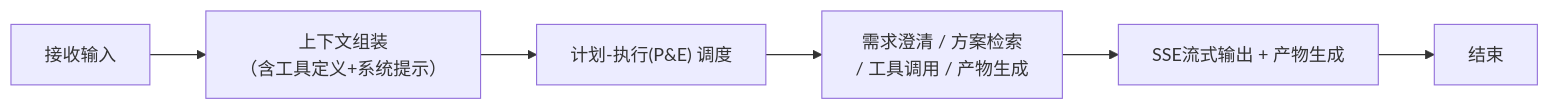
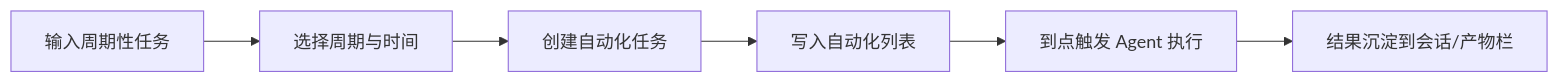
One commit to fri555/PORTL changed the tenth of 24 diagrams in docs/需求文档/AI工作门户-MVP-PRD.md. Above: the diagram before and after it, drawn with Mermaid. The commit also changed other lines of this file and 55 other files, not shown here.

````diff
--- a/docs/需求文档/AI工作门户-MVP-PRD.md
+++ b/docs/需求文档/AI工作门户-MVP-PRD.md
@@ -597,8 +630,8 @@
 ```mermaid
 flowchart LR
-    A["接收输入"] --> B["上下文组装<br/>（含工具定义+系统提示）"]
-    B --> C["计划-执行(P&E) 调度"]
-    C --> D["需求澄清 / 方案检索<br/>/ 工具调用 / 产物生成"]
-    D --> E["SSE流式输出 + 产物生成"]
-    E --> F["结束"]
+    A["输入周期性任务"] --> B["选择周期与时间"]
+    B --> C["创建自动化任务"]
+    C --> D["写入自动化列表"]
+    D --> E["到点触发 Agent 执行"]
+    E --> F["结果沉淀到会话/产物栏"]
 ```
````
